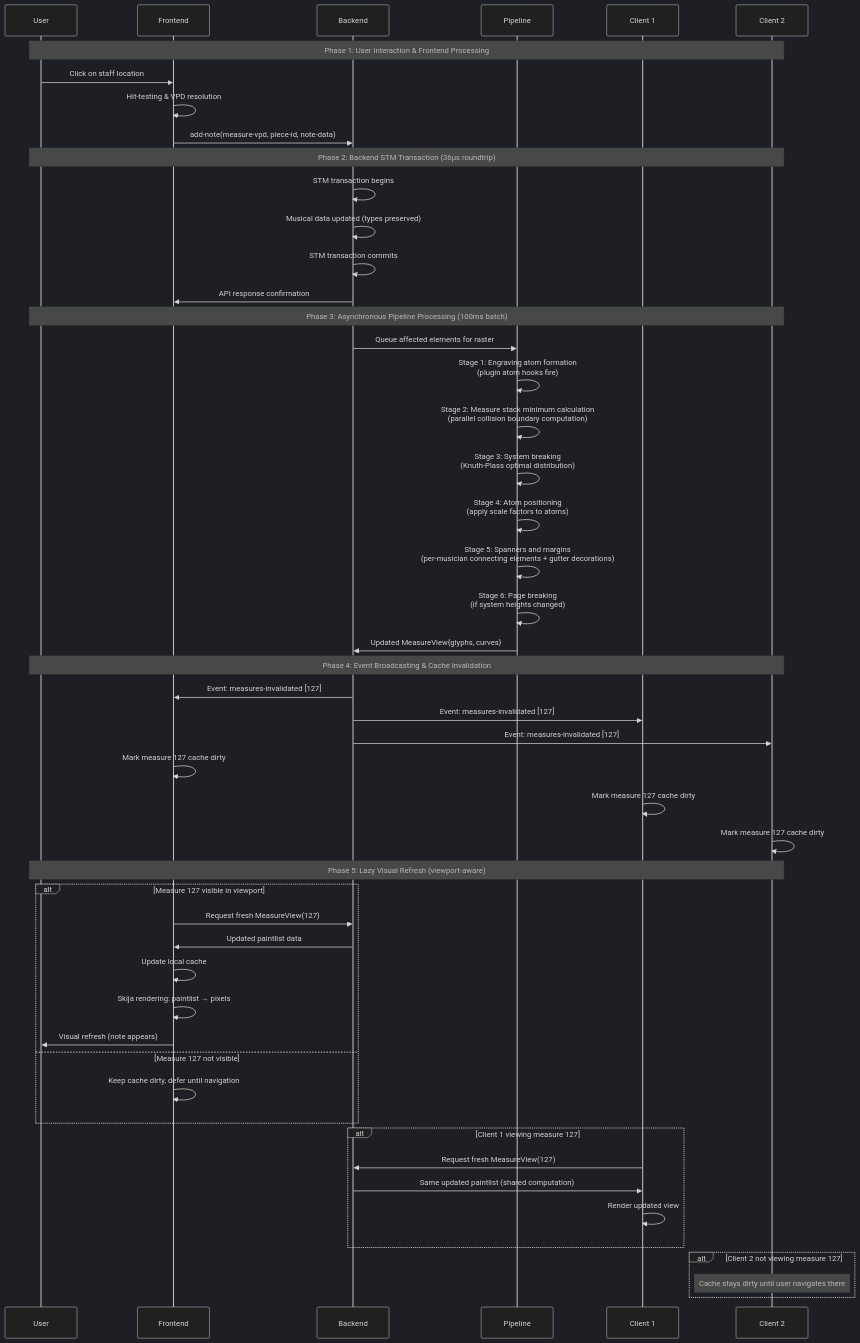
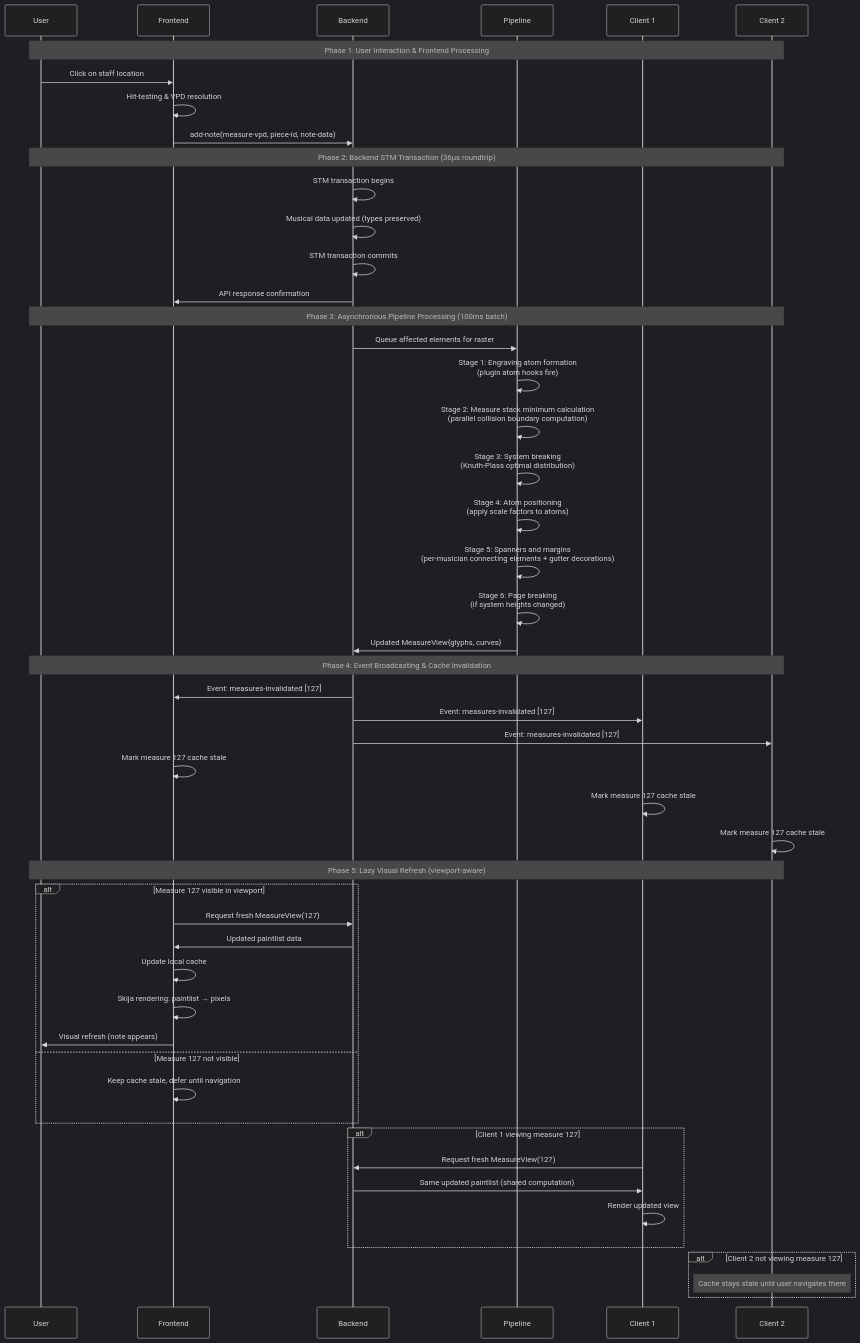
Before and after one commit to PeterBengtson/Ooloi-docs: the third of 4 diagrams in ADRs/0028-Hierarchical-Rendering-Pipeline.md, drawn with Mermaid (dark theme). The commit also changed other lines of this file and 1 other file, not shown here.

Commit message:
Documentation sync 2026-08-17

````diff
--- a/ADRs/0028-Hierarchical-Rendering-Pipeline.md
+++ b/ADRs/0028-Hierarchical-Rendering-Pipeline.md
@@ -299,60 +299,60 @@
 ```mermaid
 sequenceDiagram
     participant U as User
     participant F as Frontend
     participant B as Backend
     participant P as Pipeline
     participant C1 as Client 1
     participant C2 as Client 2
 
     Note over U,C2: Phase 1: User Interaction & Frontend Processing
     U->>F: Click on staff location
     F->>F: Hit-testing & VPD resolution
     F->>B: add-note(measure-vpd, piece-id, note-data)
 
     Note over U,C2: Phase 2: Backend STM Transaction (36μs roundtrip)
     B->>B: STM transaction begins
     B->>B: Musical data updated (types preserved)
     B->>B: STM transaction commits
     B->>F: API response confirmation
 
     Note over U,C2: Phase 3: Asynchronous Pipeline Processing (100ms batch)
     B->>P: Queue affected elements for raster
     P->>P: Stage 1: Engraving atom formation<br/>(plugin atom hooks fire)
     P->>P: Stage 2: Measure stack minimum calculation<br/>(parallel collision boundary computation)
     P->>P: Stage 3: System breaking<br/>(Knuth-Plass optimal distribution)
     P->>P: Stage 4: Atom positioning<br/>(apply scale factors to atoms)
     P->>P: Stage 5: Spanners and margins<br/>(per-musician connecting elements + gutter decorations)
     P->>P: Stage 6: Page breaking<br/>(if system heights changed)
     P->>B: Updated MeasureView{glyphs, curves}
 
     Note over U,C2: Phase 4: Event Broadcasting & Cache Invalidation
     B->>F: Event: measures-invalidated [127]
     B->>C1: Event: measures-invalidated [127]
     B->>C2: Event: measures-invalidated [127]
 
-    F->>F: Mark measure 127 cache dirty
-    C1->>C1: Mark measure 127 cache dirty
-    C2->>C2: Mark measure 127 cache dirty
+    F->>F: Mark measure 127 cache stale
+    C1->>C1: Mark measure 127 cache stale
+    C2->>C2: Mark measure 127 cache stale
 
     Note over U,C2: Phase 5: Lazy Visual Refresh (viewport-aware)
     alt Measure 127 visible in viewport
         F->>B: Request fresh MeasureView(127)
         B->>F: Updated paintlist data
         F->>F: Update local cache
         F->>F: Skija rendering: paintlist → pixels
         F->>U: Visual refresh (note appears)
     else Measure 127 not visible
-        F->>F: Keep cache dirty, defer until navigation
+        F->>F: Keep cache stale, defer until navigation
     end
 
     alt Client 1 viewing measure 127
         C1->>B: Request fresh MeasureView(127)
         B->>C1: Same updated paintlist (shared computation)
         C1->>C1: Render updated view
     end
 
     alt Client 2 not viewing measure 127
-        Note over C2: Cache stays dirty until user navigates there
+        Note over C2: Cache stays stale until user navigates there
     end
 ```
````
